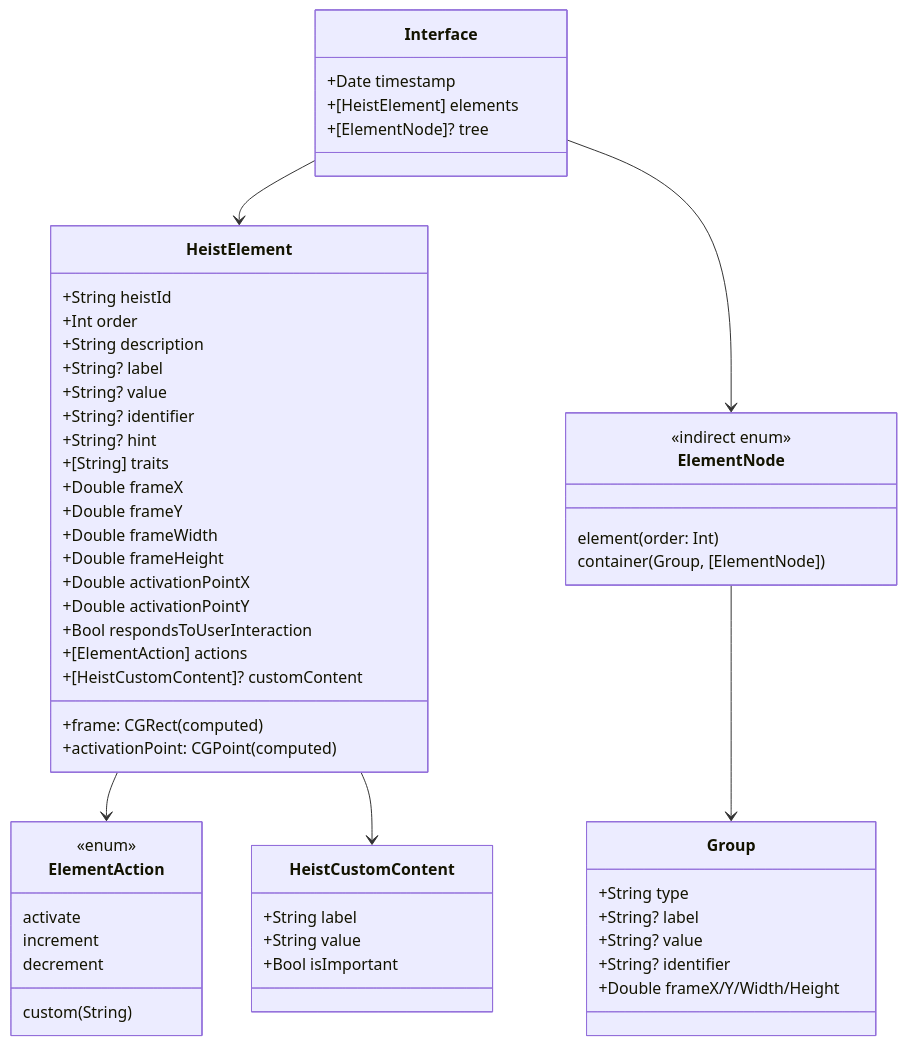
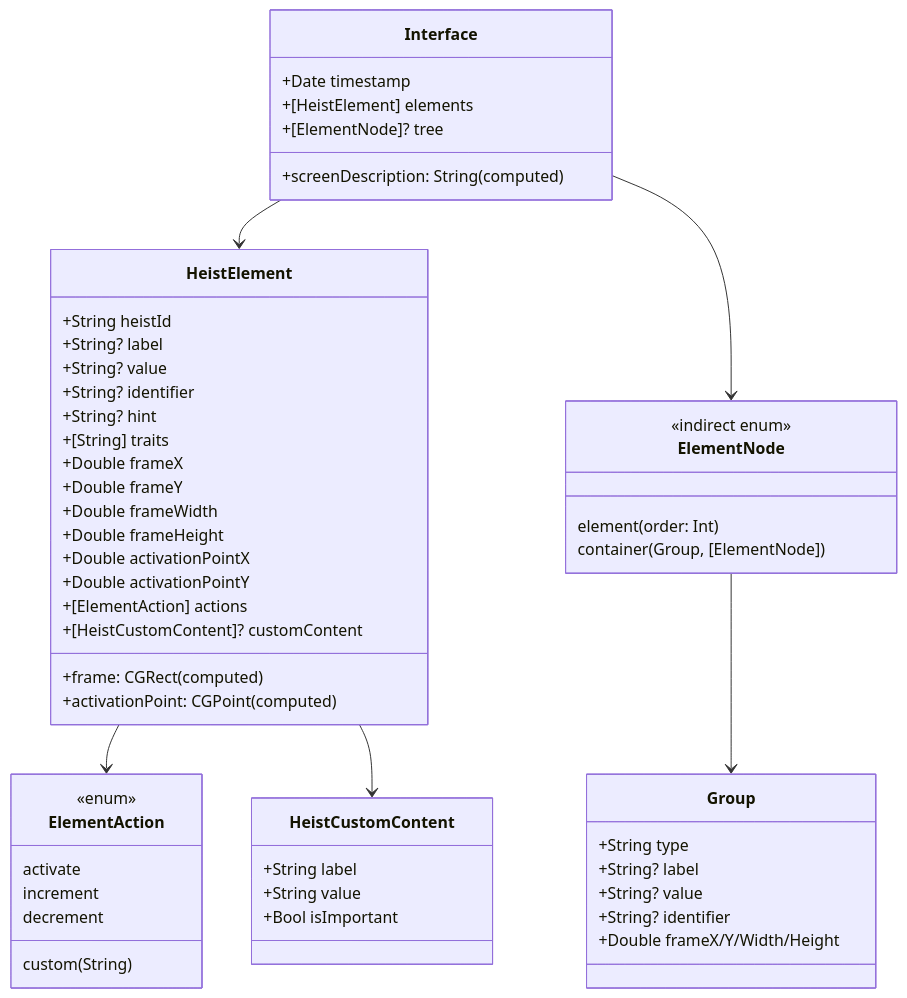
Before and after one commit to RoyalPineapple/TheButtonHeist: the third of 7 diagrams in docs/dossiers/01-THESCORE.md, drawn with Mermaid. The commit also changed other lines of this file and 6 other files, not shown here.

First line of the commit message:
Add deterministic screen description to get_interface (#189)

````diff
--- a/docs/dossiers/01-THESCORE.md
+++ b/docs/dossiers/01-THESCORE.md
@@ -98,64 +98,62 @@
 ```mermaid
 classDiagram
     class Interface {
         +Date timestamp
         +[HeistElement] elements
         +[ElementNode]? tree
+        +screenDescription: String (computed)
     }
 
     class HeistElement {
         +String heistId
-        +Int order
-        +String description
         +String? label
         +String? value
         +String? identifier
         +String? hint
         +[String] traits
         +Double frameX
         +Double frameY
         +Double frameWidth
         +Double frameHeight
         +Double activationPointX
         +Double activationPointY
-        +Bool respondsToUserInteraction
         +[ElementAction] actions
         +[HeistCustomContent]? customContent
         +frame: CGRect (computed)
         +activationPoint: CGPoint (computed)
     }
 
     class ElementNode {
         <<indirect enum>>
         element(order: Int)
         container(Group, [ElementNode])
     }
 
     class Group {
         +String type
         +String? label
         +String? value
         +String? identifier
         +Double frameX/Y/Width/Height
     }
 
     class ElementAction {
         <<enum>>
         activate
         increment
         decrement
         custom(String)
     }
 
     class HeistCustomContent {
         +String label
         +String value
         +Bool isImportant
     }
 
     Interface --> HeistElement
     Interface --> ElementNode
     ElementNode --> Group
     HeistElement --> ElementAction
     HeistElement --> HeistCustomContent
 ```
````
